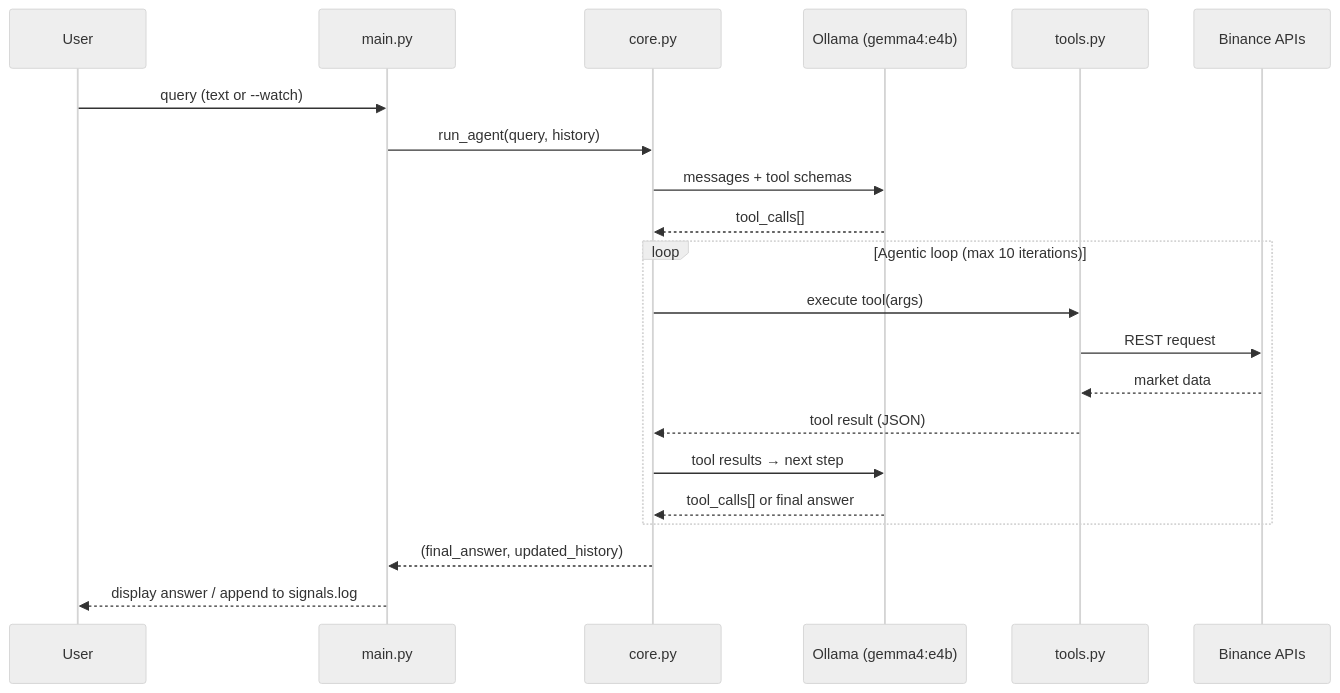
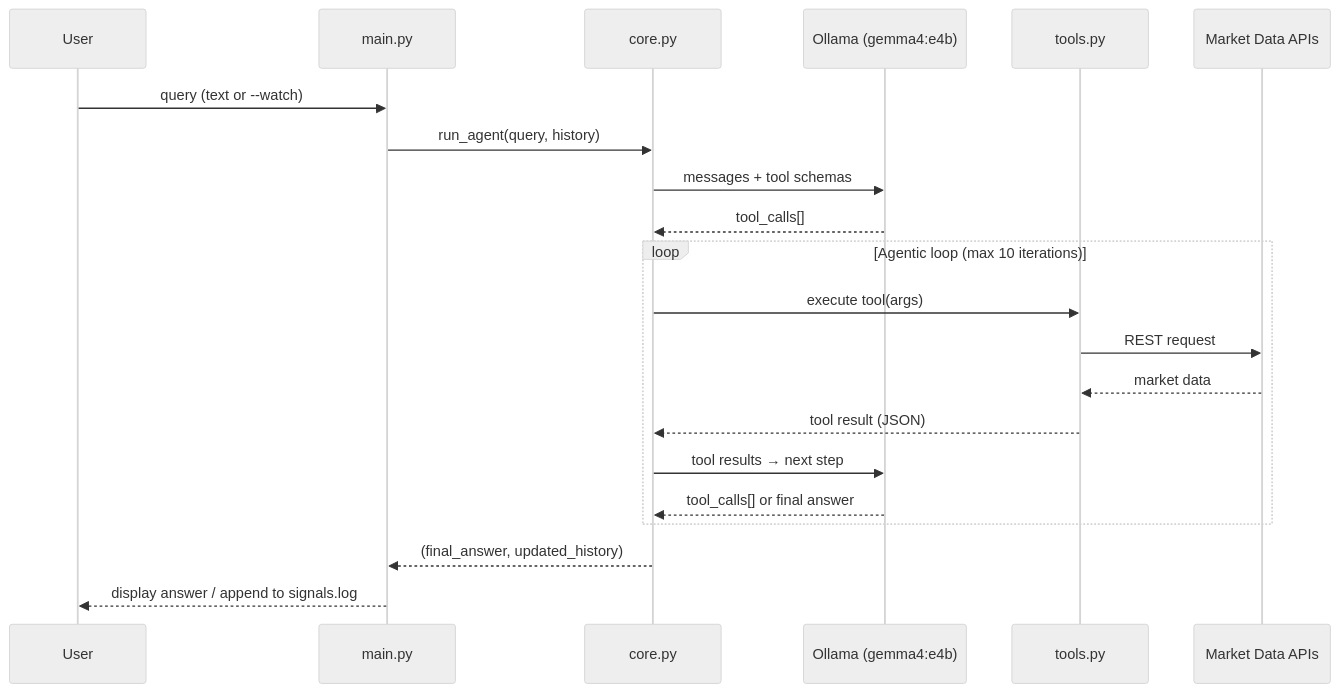
Before and after one commit to Emindu/tiny-llm-RnD: the second of 2 diagrams in README.md, drawn with Mermaid (neutral theme). The commit also changed other lines of this file, not shown here.

First line of the commit message:
docs: generalize from Binance-specific to generic finance agent framing

````diff
--- a/README.md
+++ b/README.md
@@ -146,26 +146,26 @@
 ```mermaid
 sequenceDiagram
     participant U as User
     participant M as main.py
     participant C as core.py
     participant LLM as Ollama (gemma4:e4b)
     participant T as tools.py
-    participant B as Binance APIs
+    participant B as Market Data APIs
 
     U->>M: query (text or --watch)
     M->>C: run_agent(query, history)
     C->>LLM: messages + tool schemas
     LLM-->>C: tool_calls[]
 
     loop Agentic loop (max 10 iterations)
         C->>T: execute tool(args)
         T->>B: REST request
         B-->>T: market data
         T-->>C: tool result (JSON)
         C->>LLM: tool results → next step
         LLM-->>C: tool_calls[] or final answer
     end
 
     C-->>M: (final_answer, updated_history)
     M-->>U: display answer / append to signals.log
 ```
````
